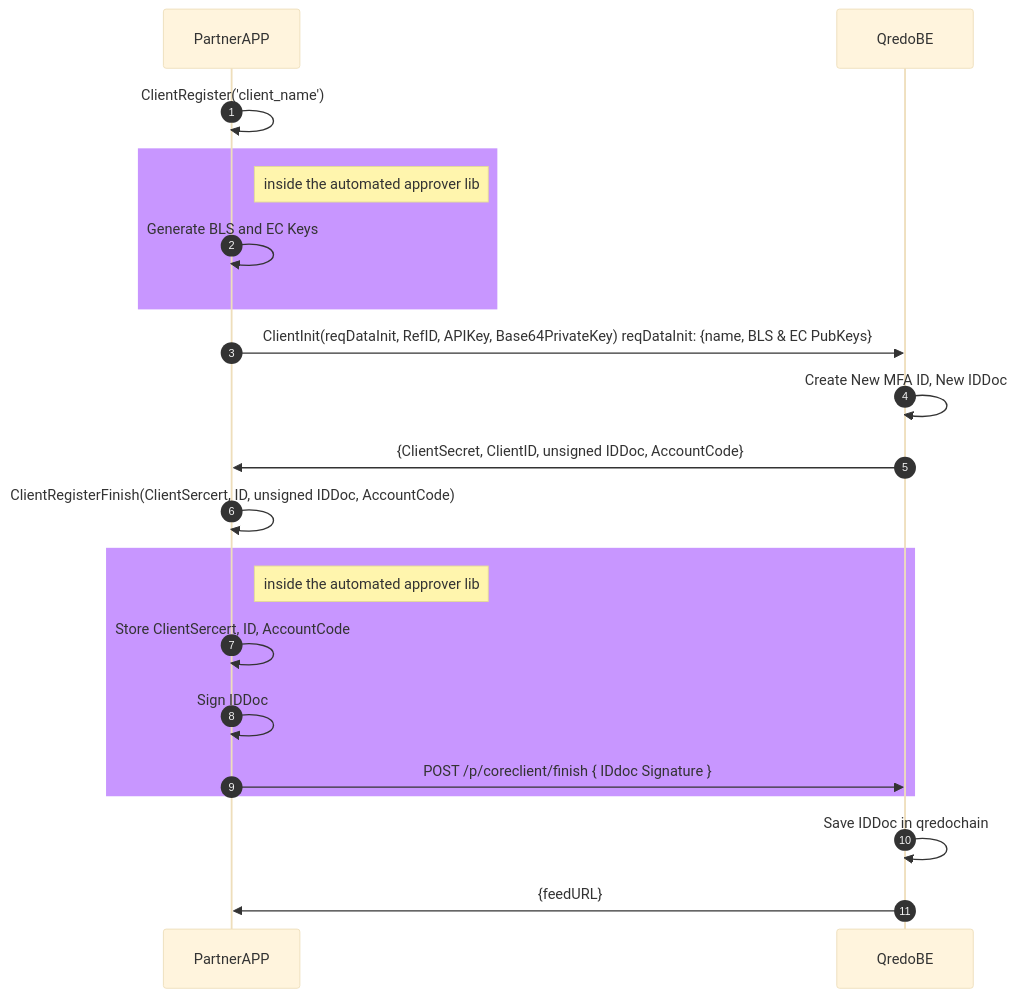
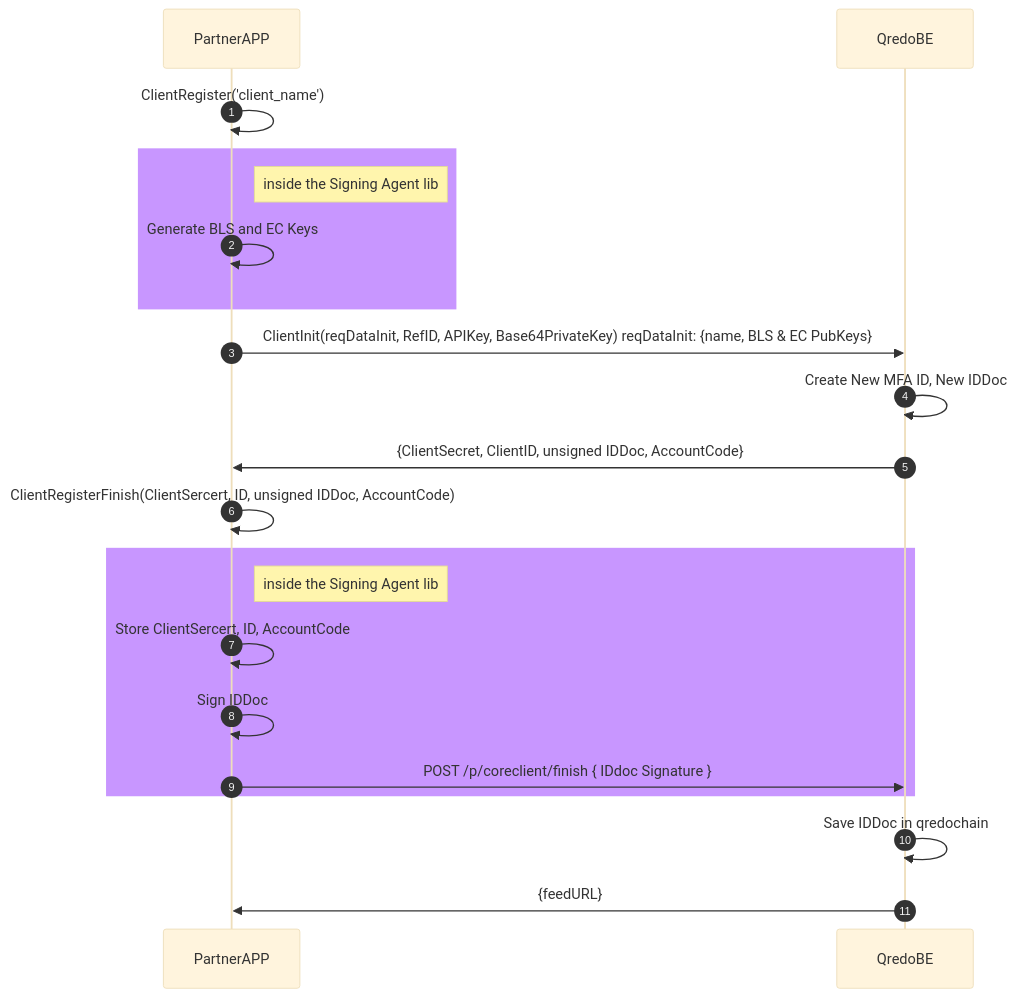
The second of 3 diagrams in doc/usage.md (qredo/signing-agent), drawn with Mermaid (base theme) before and after one commit. The commit also changed other lines of this file and 15 other files, not shown here.

Commit message:
renamed automated-approver to signing-agent

````diff
--- a/doc/usage.md
+++ b/doc/usage.md
@@ -68,22 +68,22 @@
 ```mermaid
 sequenceDiagram
   autonumber
   PartnerAPP->>PartnerAPP:ClientRegister('client_name')
 
   rect rgb(200, 150, 255)
-  note right of PartnerAPP: inside the automated approver lib
+  note right of PartnerAPP: inside the Signing Agent lib
   PartnerAPP->>PartnerAPP: Generate BLS and EC Keys
   end
   PartnerAPP->>QredoBE: ClientInit(reqDataInit, RefID, APIKey, Base64PrivateKey) reqDataInit: {name, BLS & EC PubKeys}
   QredoBE->>QredoBE: Create New MFA ID, New IDDoc
   QredoBE->>PartnerAPP:{ClientSecret, ClientID, unsigned IDDoc, AccountCode}
   PartnerAPP->>PartnerAPP: ClientRegisterFinish(ClientSercert, ID, unsigned IDDoc, AccountCode)
   rect rgb(200, 150, 255)
-  note right of PartnerAPP: inside the automated approver lib
+  note right of PartnerAPP: inside the Signing Agent lib
   PartnerAPP->>PartnerAPP: Store ClientSercert, ID, AccountCode
   PartnerAPP->>PartnerAPP: Sign IDDoc
   PartnerAPP->>QredoBE: POST /p/coreclient/finish { IDdoc Signature }
   end
   QredoBE->>QredoBE: Save IDDoc in qredochain
   QredoBE->>PartnerAPP: {feedURL}
 ```
````
